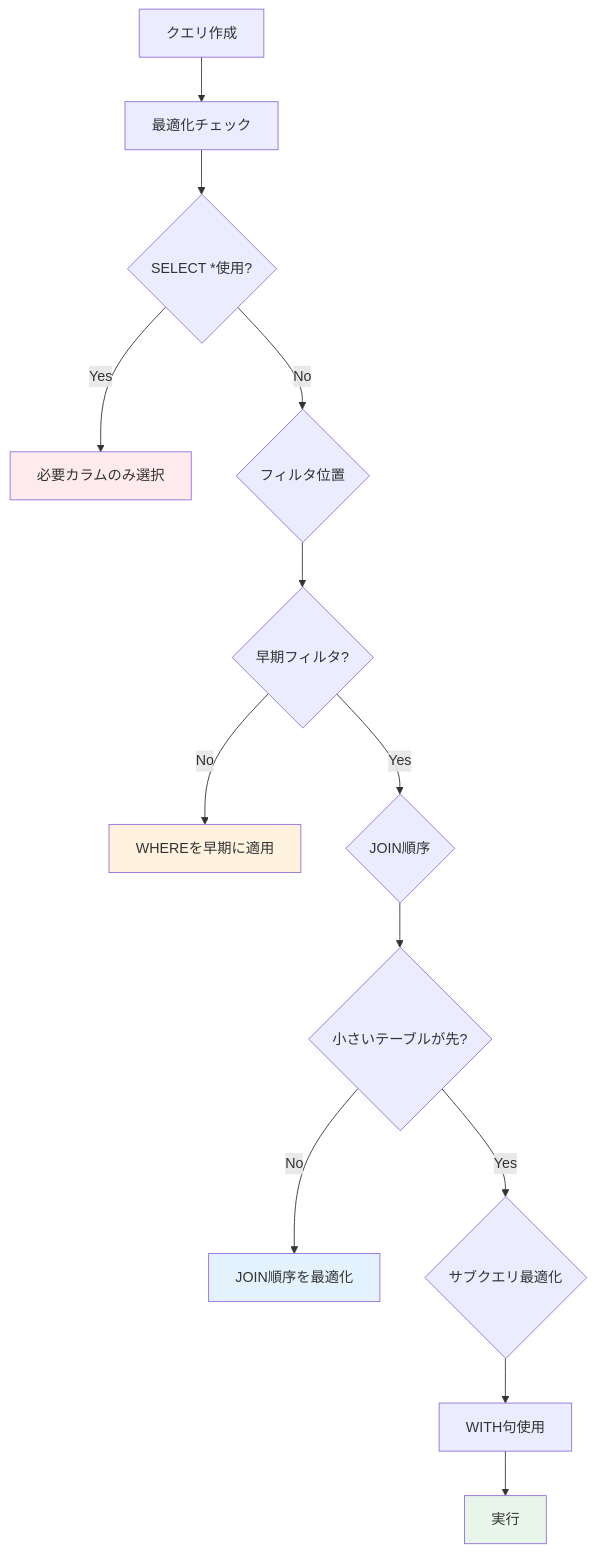
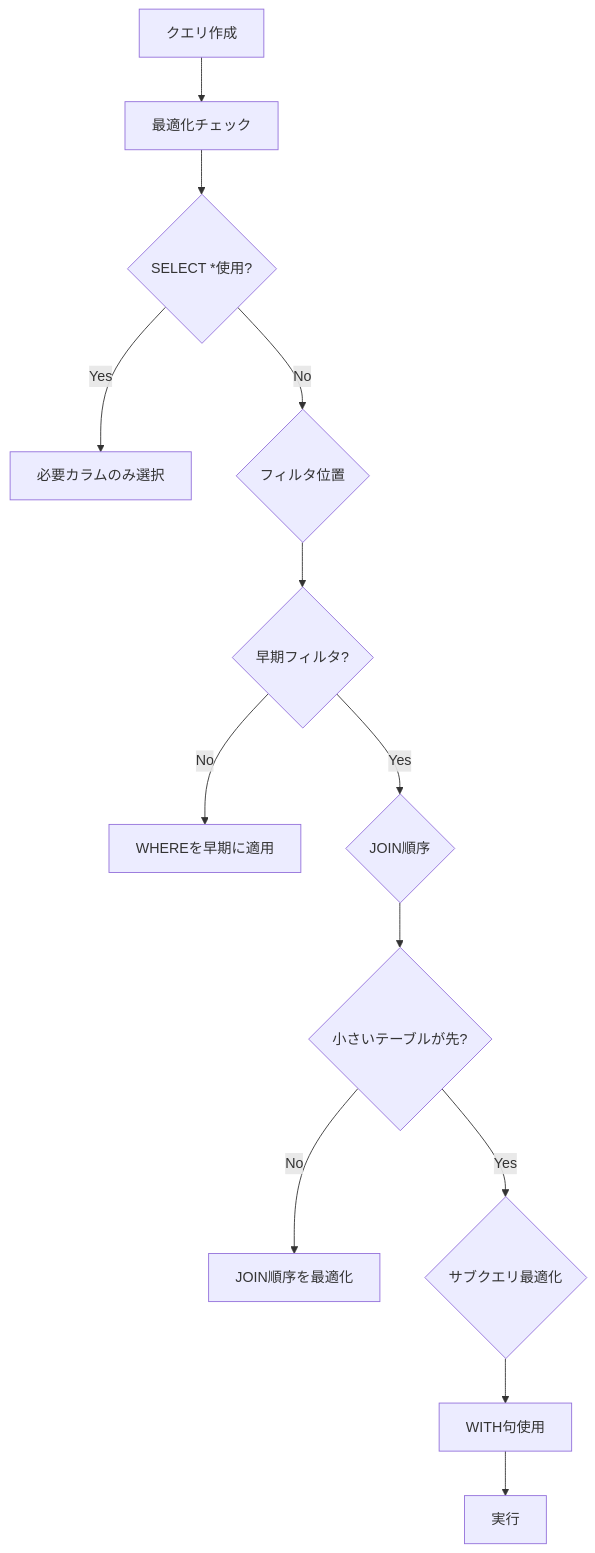
Diagram 11 of 12 in content/Tech/dbt/categories/performance-optimization.md (1210yuichi0/1210yuichi0.github.io), drawn with Mermaid before and after one commit. The commit also changed other lines of this file and 22 other files, not shown here.

First line of the commit message:
style: remove Mermaid style directives for dark mode compatibility

````diff
--- a/content/Tech/dbt/categories/performance-optimization.md
+++ b/content/Tech/dbt/categories/performance-optimization.md
@@ -1375,24 +1344,20 @@
 ```mermaid
 flowchart TD
     A[クエリ作成] --> B[最適化チェック]
 
     B --> C{SELECT *使用?}
     C -->|Yes| D[必要カラムのみ選択]
     C -->|No| E{フィルタ位置}
 
     E --> F{早期フィルタ?}
     F -->|No| G[WHEREを早期に適用]
     F -->|Yes| H{JOIN順序}
 
     H --> I{小さいテーブルが先?}
     I -->|No| J[JOIN順序を最適化]
     I -->|Yes| K{サブクエリ最適化}
 
     K --> L[WITH句使用]
     L --> M[実行]
 
-    style D fill:#ffebee
-    style G fill:#fff3e0
-    style J fill:#e3f2fd
-    style M fill:#e8f5e9
 ```
````
